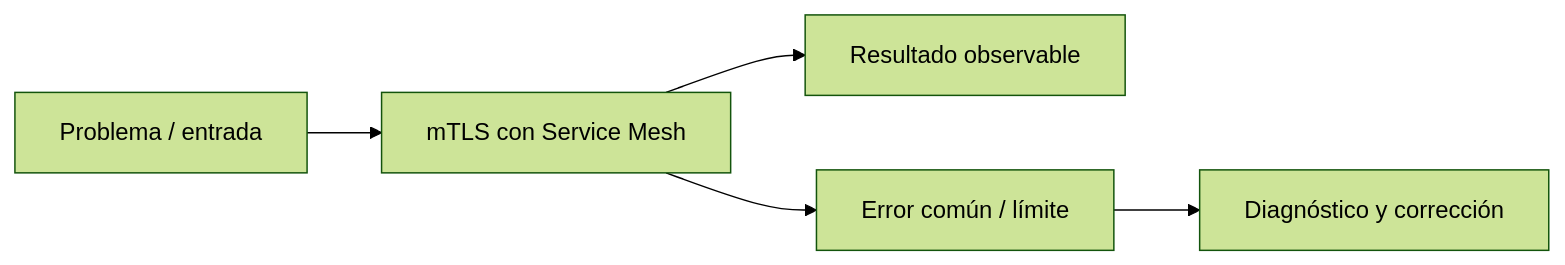
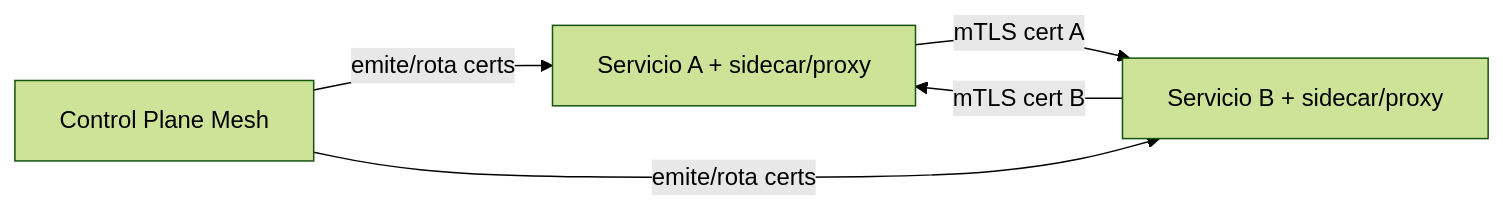
One commit to NICORUIZ93/The_Imperial_Book changed the diagram in docs/cursos/springboot-microservicios-desde-cero/fichas/m09-l08-mtls-con-service-mesh.md. Above: the diagram before and after it, drawn with Mermaid (forest theme). The commit also changed other lines of this file and 119 other files, not shown here.

````diff
--- a/docs/cursos/springboot-microservicios-desde-cero/fichas/m09-l08-mtls-con-service-mesh.md
+++ b/docs/cursos/springboot-microservicios-desde-cero/fichas/m09-l08-mtls-con-service-mesh.md
@@ -19,7 +29,7 @@
 ```mermaid
 flowchart LR
-  A[Problema / entrada] --> B[mTLS con Service Mesh]
-  B --> C[Resultado observable]
-  B --> D[Error común / límite]
-  D --> E[Diagnóstico y corrección]
+  A[Servicio A + sidecar/proxy] -->|mTLS cert A| B[Servicio B + sidecar/proxy]
+  B -->|mTLS cert B| A
+  CP[Control Plane Mesh] -->|emite/rota certs| A
+  CP -->|emite/rota certs| B
 ```
````
